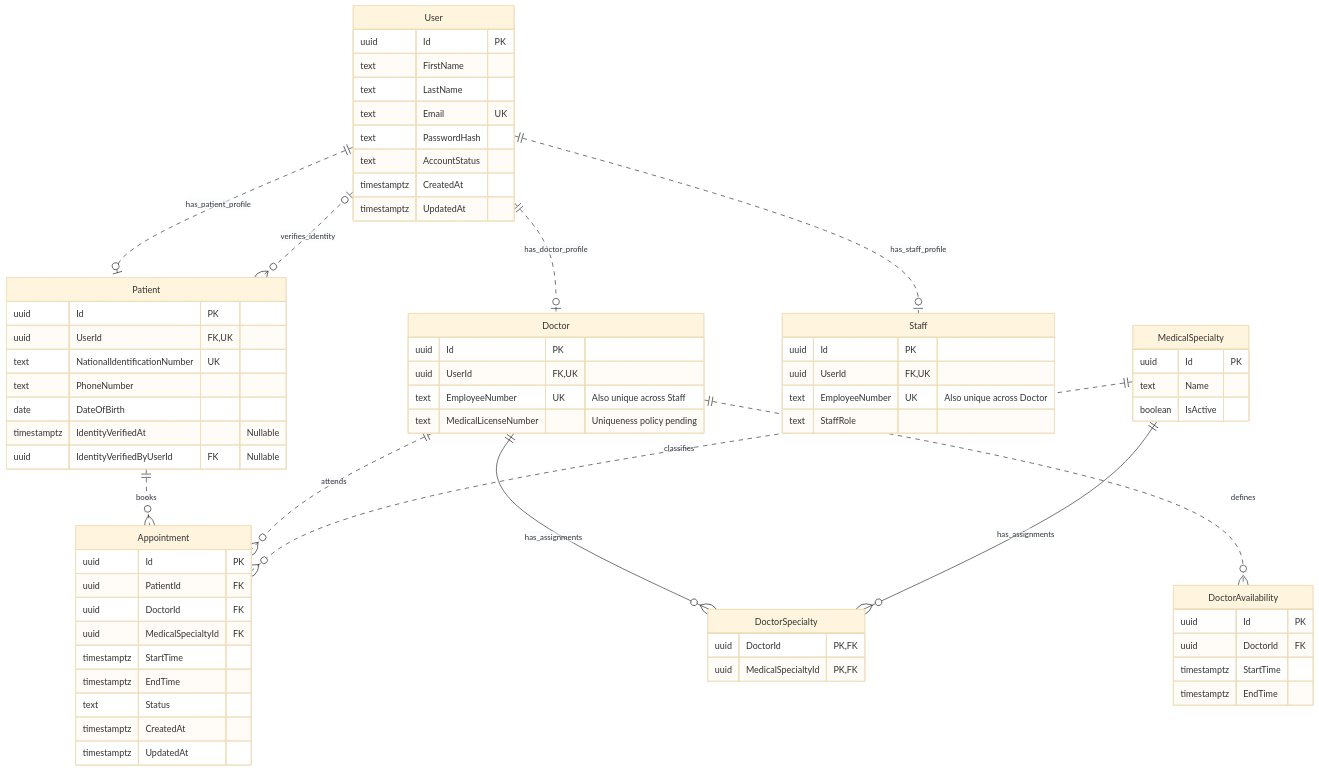
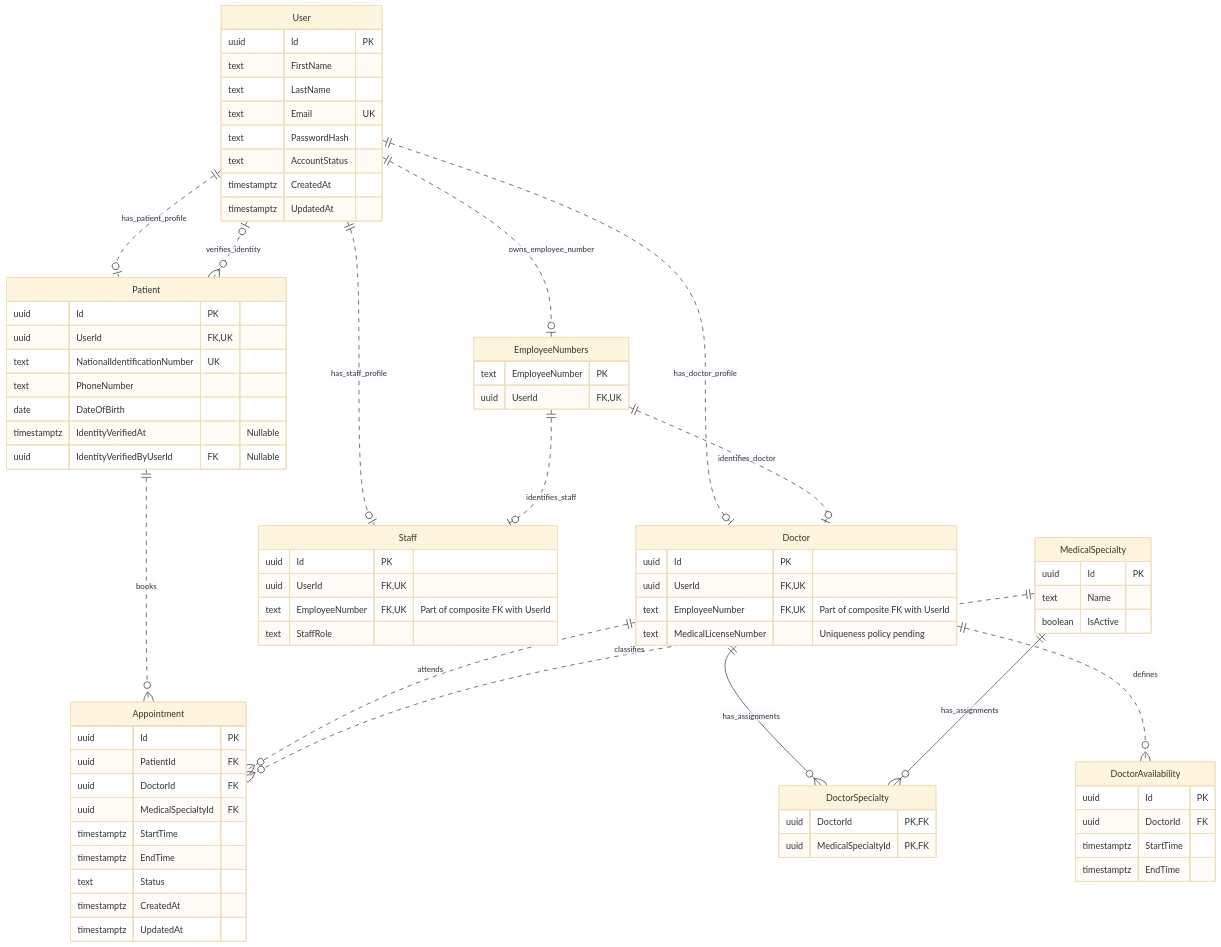
Before and after one commit to GastonBlack/Multiplatform-hospital-system: the diagram in docs/ERD.md, drawn with Mermaid (base theme). The commit also changed other lines of this file and 8 other files, not shown here.

Commit message:
docs: added EmployeeNumbers registry and aligned existing documentation.

```diff
--- a/docs/ERD.md
+++ b/docs/ERD.md
@@ -17,6 +17,9 @@
     User ||..o| Patient : has_patient_profile
     User ||..o| Doctor : has_doctor_profile
     User ||..o| Staff : has_staff_profile
+    User ||..o| EmployeeNumbers : owns_employee_number
+    EmployeeNumbers ||..o| Doctor : identifies_doctor
+    EmployeeNumbers ||..o| Staff : identifies_staff
     User o|..o{ Patient : verifies_identity
     Doctor ||--o{ DoctorSpecialty : has_assignments
     MedicalSpecialty ||--o{ DoctorSpecialty : has_assignments
@@ -49,15 +52,20 @@
     Doctor {
         uuid Id PK
         uuid UserId FK, UK
-        text EmployeeNumber UK "Also unique across Staff"
+        text EmployeeNumber FK, UK "Part of composite FK with UserId"
         text MedicalLicenseNumber "Uniqueness policy pending"
     }
 
     Staff {
         uuid Id PK
         uuid UserId FK, UK
-        text EmployeeNumber UK "Also unique across Doctor"
+        text EmployeeNumber FK, UK "Part of composite FK with UserId"
         text StaffRole
+    }
+
+    EmployeeNumbers {
+        text EmployeeNumber PK
+        uuid UserId FK, UK
     }
 
     MedicalSpecialty {
```
